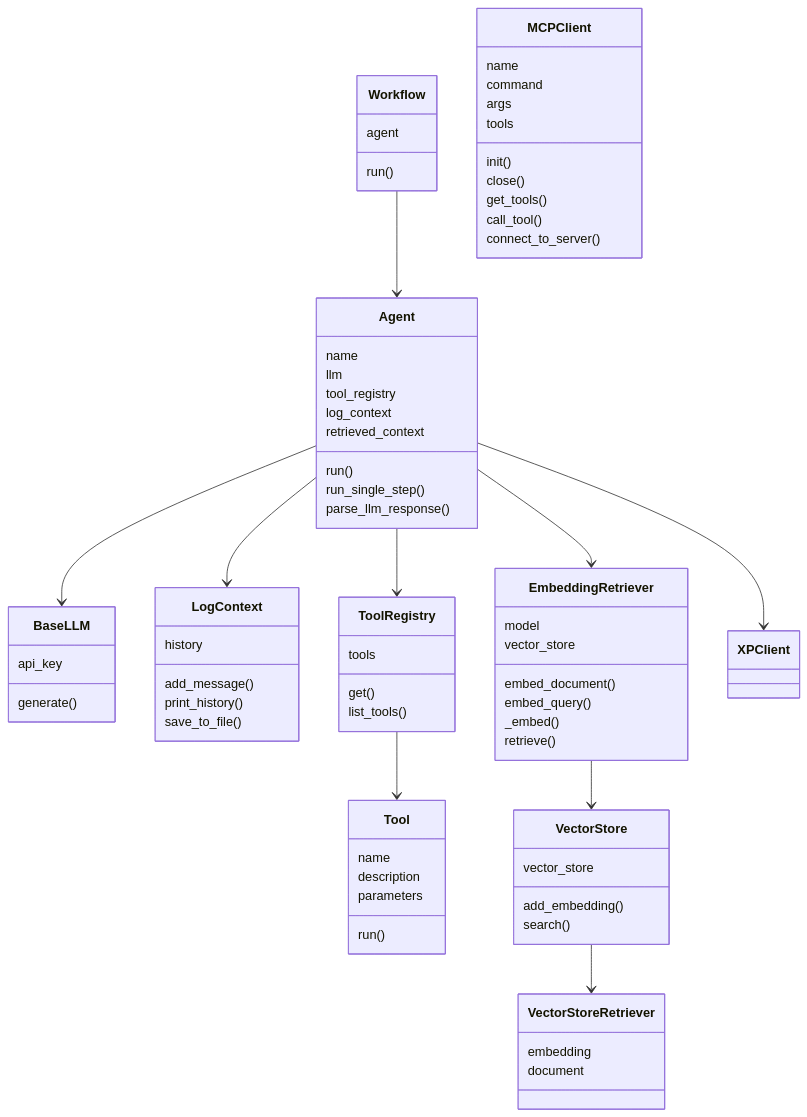
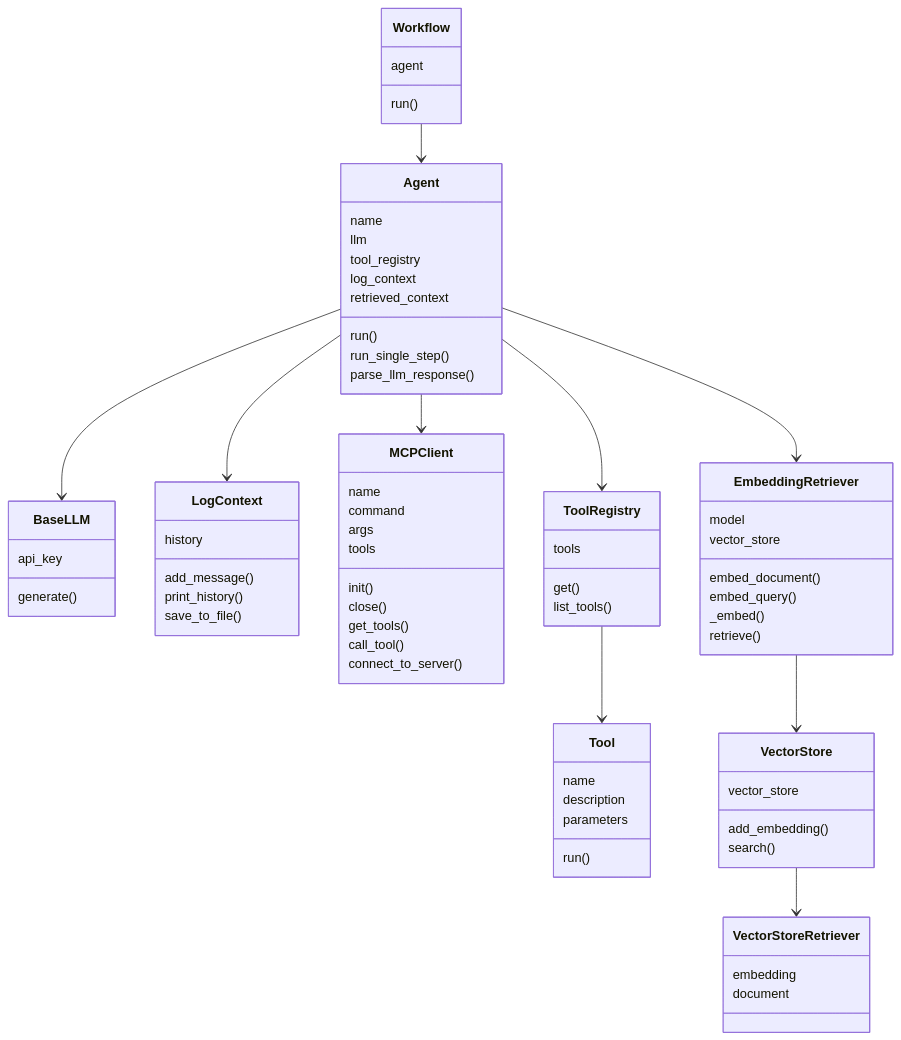
Before and after one commit to BV003/ArgoAgent: the diagram in README.md, drawn with Mermaid.

Commit message:
readme类图

```diff
--- a/README.md
+++ b/README.md
@@ -151,7 +151,7 @@
     Workflow --> Agent
     Agent --> BaseLLM
     Agent --> LogContext
-    Agent --> XPClient
+    Agent --> MCPClient
     Agent --> ToolRegistry
     Agent --> EmbeddingRetriever
     ToolRegistry --> Tool
```
